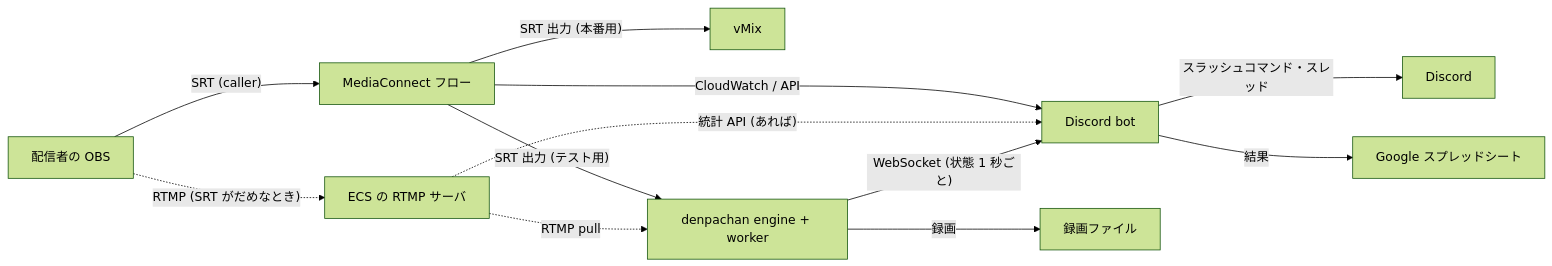
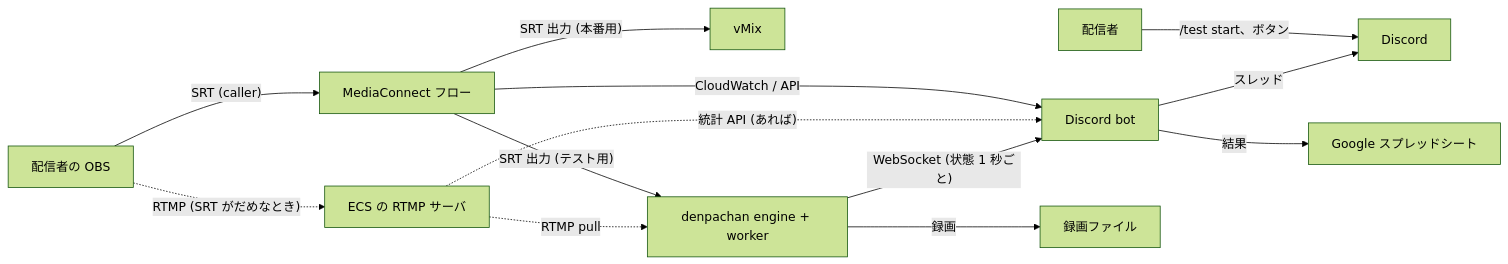
One commit to RTAinJapan/denpachan changed the diagram in docs/stream-test-automation.md. Above: the diagram before and after it, drawn with Mermaid (forest theme). The commit also changed other lines of this file, not shown here.

First line of the commit message:
Design: streamers start the test themselves; add the audio and other checks

````diff
--- a/docs/stream-test-automation.md
+++ b/docs/stream-test-automation.md
@@ -36,14 +39,15 @@
 ```mermaid
 flowchart LR
     S[配信者の OBS] -- "SRT (caller)" --> M[MediaConnect フロー]
     S -. "RTMP (SRT がだめなとき)" .-> T[ECS の RTMP サーバ]
     M -- "SRT 出力 (本番用)" --> V[vMix]
     M -- "SRT 出力 (テスト用)" --> E[denpachan engine + worker]
     T -. "RTMP pull" .-> E
     M -- "CloudWatch / API" --> B[Discord bot]
     T -. "統計 API (あれば)" .-> B
     E -- "WebSocket (状態 1 秒ごと)" --> B
-    B -- スラッシュコマンド・スレッド --> D[Discord]
+    P[配信者] -- "/test start、ボタン" --> D[Discord]
+    B -- スレッド --> D
     B -- 結果 --> G[Google スプレッドシート]
     E -- 録画 --> R[録画ファイル]
 ```
````
